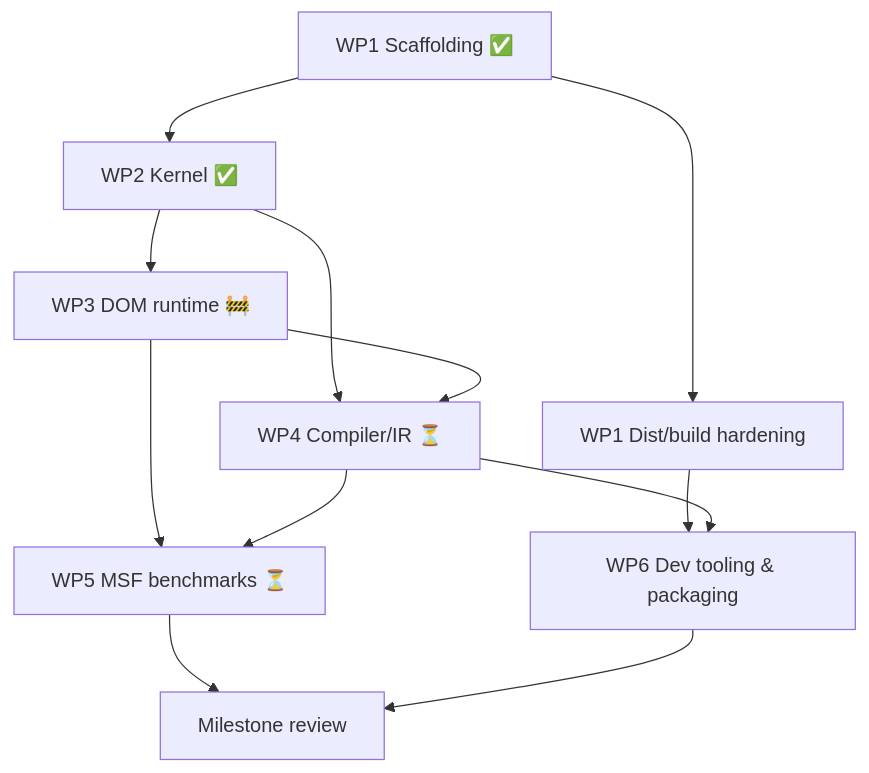
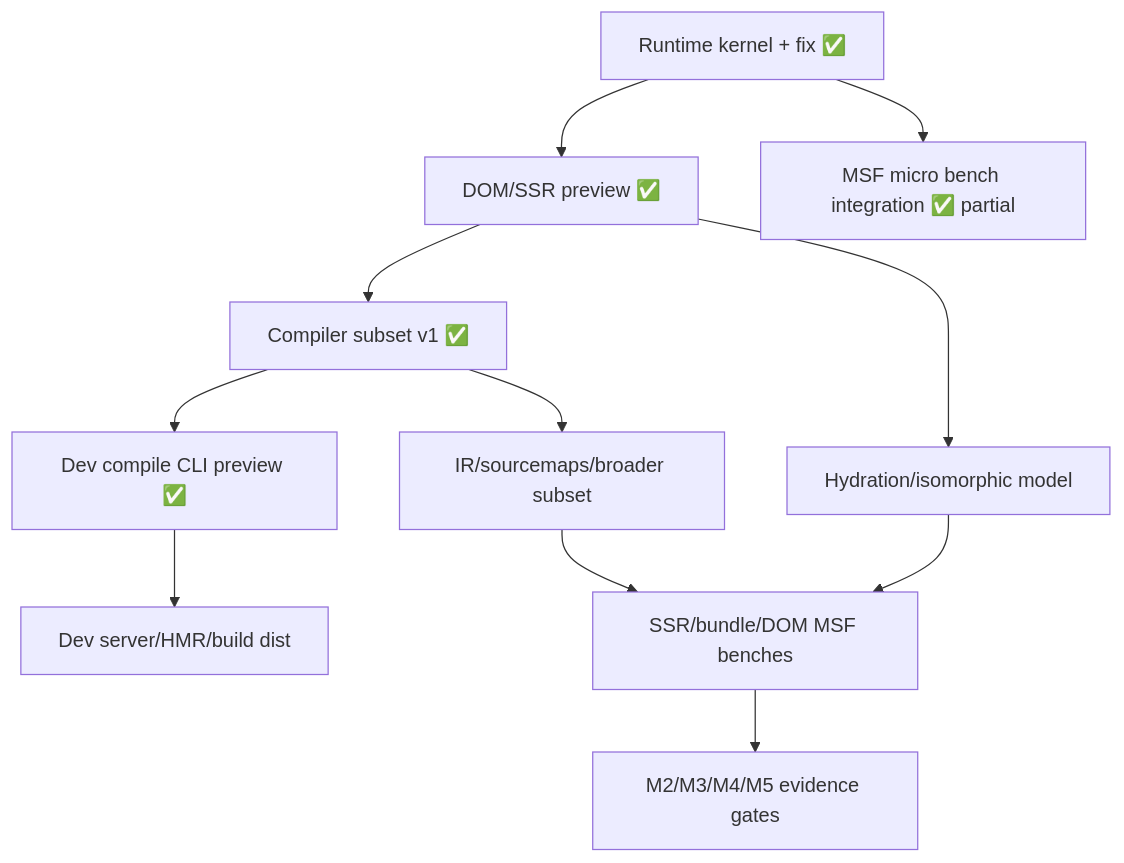
Before and after one commit to Mustafa1998-tech/MSF-Fusion: the diagram in docs/engineering/implementation-plan.md, drawn with Mermaid. The commit also changed other lines of this file and 21 other files, not shown here.

First line of the commit message:
feat(m1): improve runtime tracking, add compiler/dev preview slices and bench integration

````diff
--- a/docs/engineering/implementation-plan.md
+++ b/docs/engineering/implementation-plan.md
@@ -43,14 +31,13 @@
 ```mermaid
 graph TD
-  A[WP1 Scaffolding ✅] --> B[WP2 Kernel ✅]
-  B --> C[WP3 DOM runtime 🚧]
-  B --> D[WP4 Compiler/IR ⏳]
-  C --> D
-  A --> E[WP1 Dist/build hardening]
-  C --> F[WP5 MSF benchmarks ⏳]
-  D --> F
-  E --> G[WP6 Dev tooling & packaging]
-  D --> G
-  F --> H[Milestone review]
+  A[Runtime kernel + fix ✅] --> B[DOM/SSR preview ✅]
+  B --> C[Compiler subset v1 ✅]
+  C --> D[Dev compile CLI preview ✅]
+  A --> E[MSF micro bench integration ✅ partial]
+  C --> F[IR/sourcemaps/broader subset]
+  B --> G[Hydration/isomorphic model]
+  F --> H[SSR/bundle/DOM MSF benches]
   G --> H
+  D --> I[Dev server/HMR/build dist]
+  H --> J[M2/M3/M4/M5 evidence gates]
 ```
````
